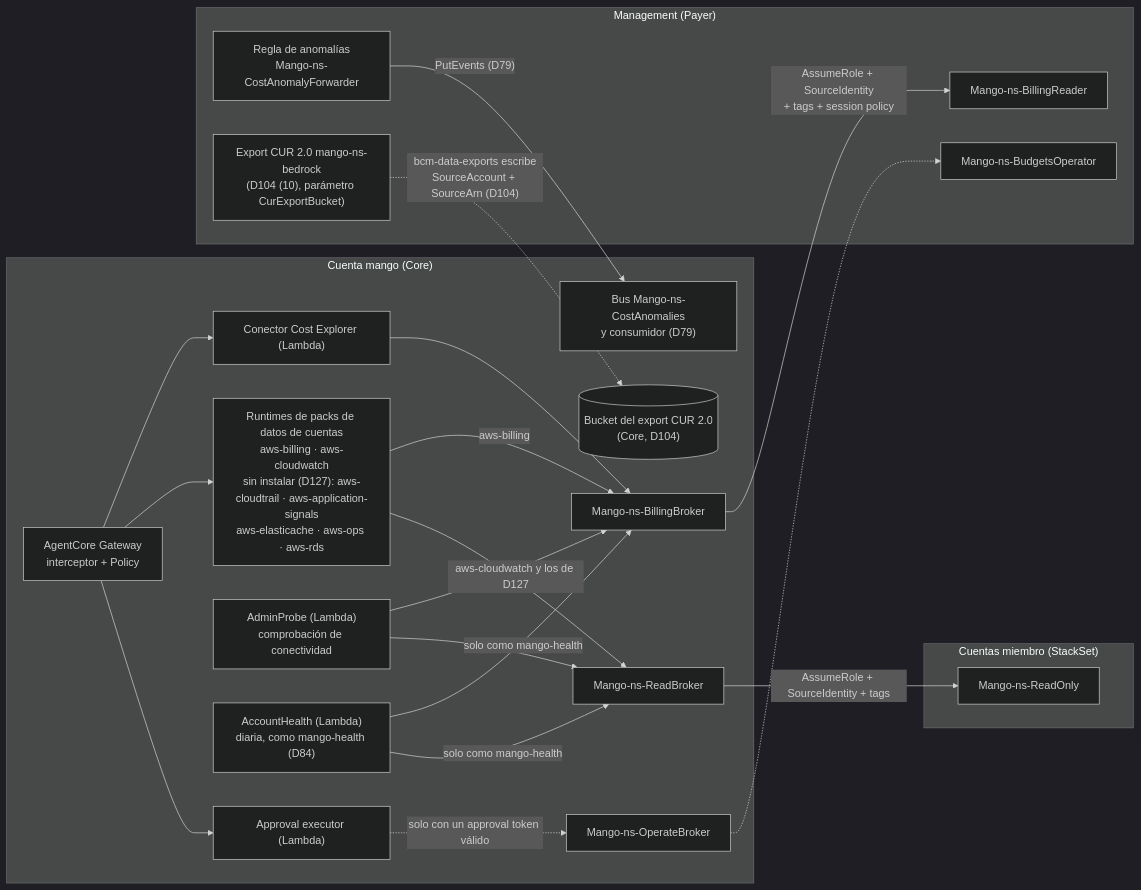
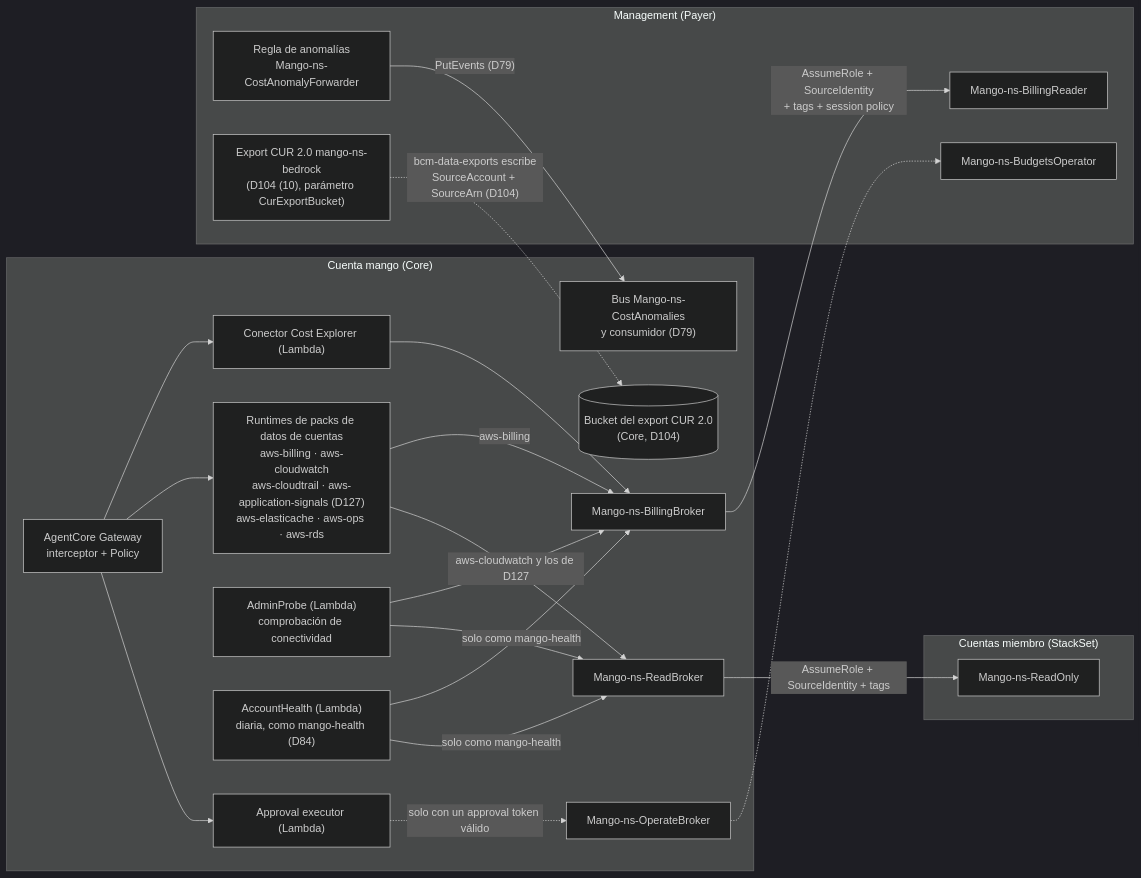
Before and after one commit to jhonmezaa/mango: the second of 2 diagrams in docs/architecture/reference-architecture.md, drawn with Mermaid (dark theme). The commit also changed other lines of this file and 7 other files, not shown here.

````diff
--- a/docs/architecture/reference-architecture.md
+++ b/docs/architecture/reference-architecture.md
@@ -764,40 +764,40 @@
 ```mermaid
 flowchart LR
   subgraph MANGO["Cuenta mango (Core)"]
     GW["AgentCore Gateway<br/>interceptor + Policy"]
     C["Conector Cost Explorer (Lambda)"]
-    PK["Runtimes de packs de datos de cuentas<br/>aws-billing · aws-cloudwatch<br/>sin instalar (D127): aws-cloudtrail · aws-application-signals<br/>aws-elasticache · aws-ops · aws-rds"]
+    PK["Runtimes de packs de datos de cuentas<br/>aws-billing · aws-cloudwatch<br/>aws-cloudtrail · aws-application-signals (D127)<br/>aws-elasticache · aws-ops · aws-rds"]
     AP["AdminProbe (Lambda)<br/>comprobación de conectividad"]
     AH["AccountHealth (Lambda)<br/>diaria, como mango-health (D84)"]
     AE["Approval executor (Lambda)"]
     RB["Mango-ns-ReadBroker"]
     BB["Mango-ns-BillingBroker"]
     OB["Mango-ns-OperateBroker"]
     CAB["Bus Mango-ns-CostAnomalies<br/>y consumidor (D79)"]
     CXB[("Bucket del export CUR 2.0<br/>(Core, D104)")]
   end
   subgraph MGMT["Management (Payer)"]
     BR["Mango-ns-BillingReader"]
     BO["Mango-ns-BudgetsOperator"]
     CF["Regla de anomalías<br/>Mango-ns-CostAnomalyForwarder"]
     CUX["Export CUR 2.0 mango-ns-bedrock<br/>(D104 (10), parámetro CurExportBucket)"]
   end
   subgraph MEM["Cuentas miembro (StackSet)"]
     RO["Mango-ns-ReadOnly"]
   end
   GW --> C
   GW --> PK
   GW --> AE
   C --> BB
   PK -- "aws-billing" --> BB
   PK -- "aws-cloudwatch y los de D127" --> RB
   AP --> BB
   AP --> RB
   AH -- "solo como mango-health" --> BB
   AH -- "solo como mango-health" --> RB
   BB -- "AssumeRole + SourceIdentity<br/>+ tags + session policy" --> BR
   RB -- "AssumeRole + SourceIdentity + tags" --> RO
   AE -. "solo con un approval token válido" .-> OB -.-> BO
   CF -- "PutEvents (D79)" --> CAB
   CUX -. "bcm-data-exports escribe<br/>SourceAccount + SourceArn (D104)" .-> CXB
 ```
````
